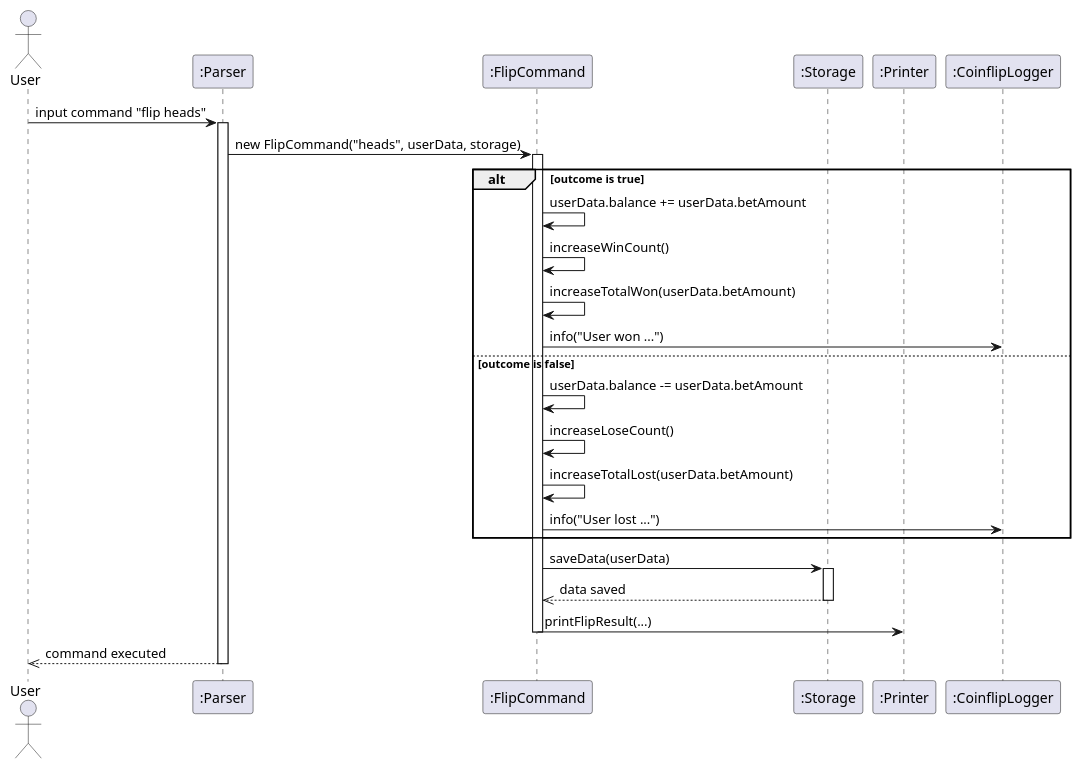
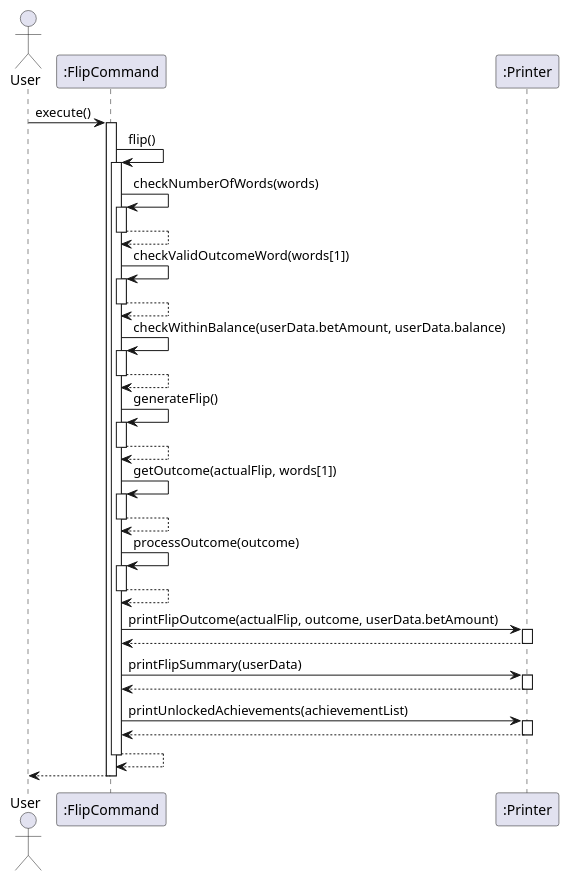
One commit to timothyloh0523/tp changed the diagram in docs/diagrams/flip.puml. Above: the diagram before and after it, drawn with PlantUML. The commit also changed 12 other files, not shown here.

Commit message:
Add steps for features and edit sequence diagrams

```diff
--- a/docs/diagrams/flip.puml
+++ b/docs/diagrams/flip.puml
@@ -1,37 +1,54 @@
 @startuml
 actor User as User
-participant Parser as ":Parser"
 participant FlipCommand as ":FlipCommand"
-participant Storage as ":Storage"
 participant Printer as ":Printer"
-participant CoinflipLogger as ":CoinflipLogger"
 
-User -> Parser: input command "flip heads"
-activate Parser
-
-Parser -> FlipCommand: new FlipCommand("heads", userData, storage)
+User -> FlipCommand: execute()
 activate FlipCommand
 
-alt outcome is true
-FlipCommand -> FlipCommand: userData.balance += userData.betAmount
-FlipCommand -> FlipCommand: increaseWinCount()
-FlipCommand -> FlipCommand: increaseTotalWon(userData.betAmount)
-FlipCommand -> CoinflipLogger: info("User won ...")
-else outcome is false
-FlipCommand -> FlipCommand: userData.balance -= userData.betAmount
-FlipCommand -> FlipCommand: increaseLoseCount()
-FlipCommand -> FlipCommand: increaseTotalLost(userData.betAmount)
-FlipCommand -> CoinflipLogger: info("User lost ...")
-end
 
-FlipCommand -> Storage: saveData(userData)
-activate Storage
-Storage -->> FlipCommand: data saved
-deactivate Storage
-
-FlipCommand -> Printer: printFlipResult(...)
+FlipCommand -> FlipCommand: flip()
+activate FlipCommand
+FlipCommand -> FlipCommand: checkNumberOfWords(words)
+activate FlipCommand
+FlipCommand --> FlipCommand
+deactivate FlipCommand
+FlipCommand -> FlipCommand: checkValidOutcomeWord(words[1])
+activate FlipCommand
+FlipCommand --> FlipCommand
+deactivate FlipCommand
+FlipCommand -> FlipCommand: checkWithinBalance(userData.betAmount, userData.balance)
+activate FlipCommand
+FlipCommand --> FlipCommand
+deactivate FlipCommand
+FlipCommand -> FlipCommand: generateFlip()
+activate FlipCommand
+FlipCommand --> FlipCommand
+deactivate FlipCommand
+FlipCommand -> FlipCommand: getOutcome(actualFlip, words[1])
+activate FlipCommand
+FlipCommand --> FlipCommand
+deactivate FlipCommand
+FlipCommand -> FlipCommand: processOutcome(outcome)
+activate FlipCommand
+FlipCommand --> FlipCommand
 deactivate FlipCommand
 
-Parser -->> User: command executed
-deactivate Parser
+
+FlipCommand -> Printer: printFlipOutcome(actualFlip, outcome, userData.betAmount)
+activate Printer
+Printer --> FlipCommand
+deactivate Printer
+FlipCommand -> Printer: printFlipSummary(userData)
+activate Printer
+Printer --> FlipCommand
+deactivate Printer
+FlipCommand -> Printer: printUnlockedAchievements(achievementList)
+activate Printer
+Printer --> FlipCommand
+deactivate Printer
+FlipCommand --> FlipCommand
+deactivate FlipCommand
+FlipCommand --> User
+deactivate FlipCommand
 @enduml
```
